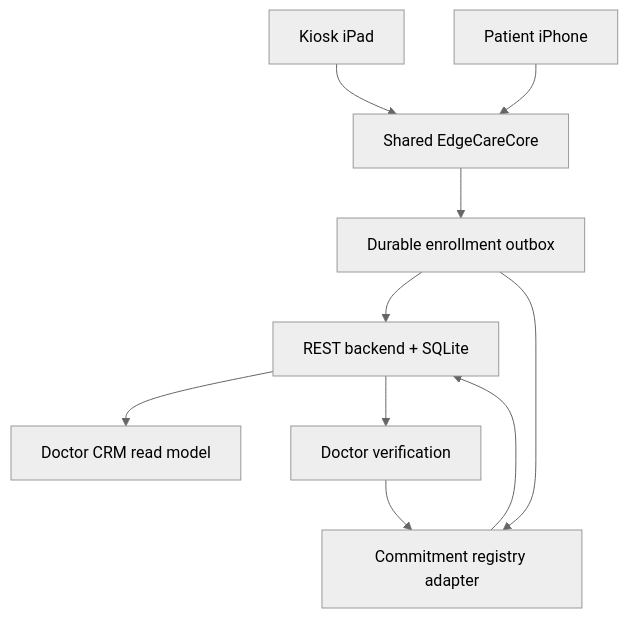
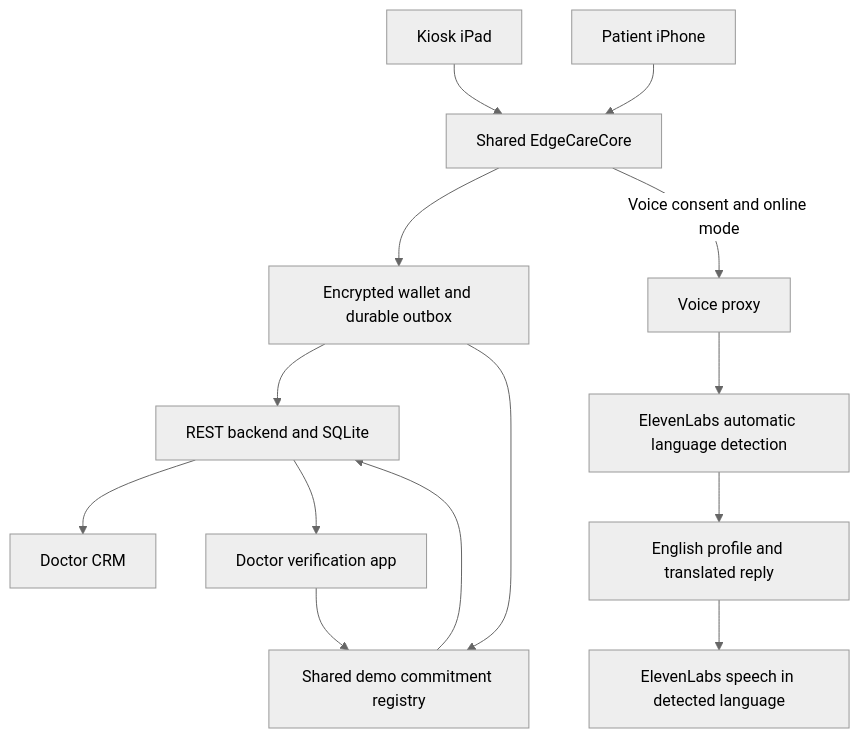
The diagram in docs/architecture.md (Kr1dhay/junction-twenty-six), drawn with Mermaid (neutral theme) before and after one commit. The commit also changed other lines of this file and 83 other files, not shown here.

````diff
--- a/docs/architecture.md
+++ b/docs/architecture.md
@@ -10,12 +10,16 @@
 ```mermaid
 flowchart TD
   K[Kiosk iPad] --> C[Shared EdgeCareCore]
   P[Patient iPhone] --> C
-  C --> O[Durable enrollment outbox]
-  O --> B[REST backend + SQLite]
-  O --> S[Commitment registry adapter]
-  B --> W[Doctor CRM read model]
-  B --> D[Doctor verification]
-  D --> S
-  S --> B
+  C --> O[Encrypted wallet and durable outbox]
+  O --> B[REST backend and SQLite]
+  O --> R[Shared demo commitment registry]
+  B --> W[Doctor CRM]
+  B --> D[Doctor verification app]
+  D --> R
+  R --> B
+  C -->|Voice consent and online mode| V[Voice proxy]
+  V --> S[ElevenLabs automatic language detection]
+  S --> G[English profile and translated reply]
+  G --> T[ElevenLabs speech in detected language]
 ```
````
